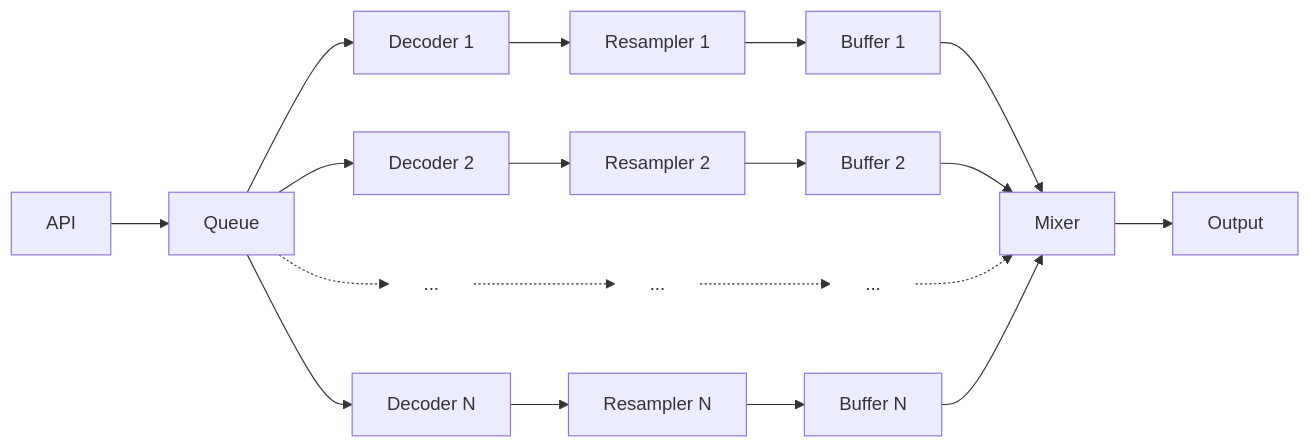
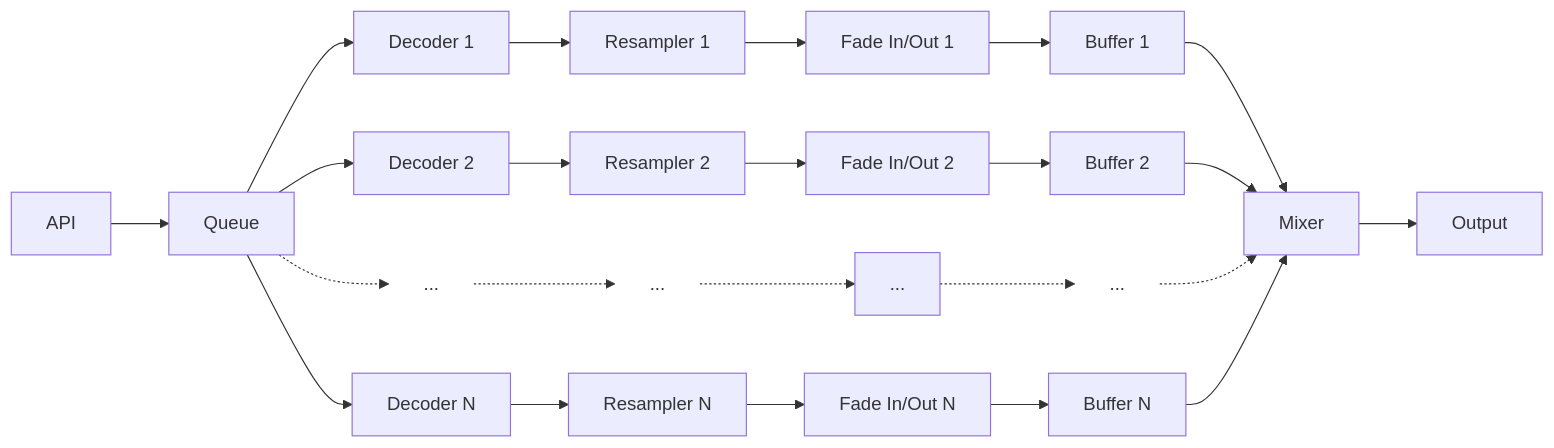
One commit to MangoCats/McRhythm changed the diagram in docs/NEW-decoder_buffer_design.md. Above: the diagram before and after it, drawn with Mermaid. The commit also changed other lines of this file, not shown here.

````diff
--- a/docs/NEW-decoder_buffer_design.md
+++ b/docs/NEW-decoder_buffer_design.md
@@ -41,29 +17,34 @@
 ```mermaid
 graph LR
     API[API] --> Queue[Queue]
     Queue --> Decoder1[Decoder 1]
     Queue --> Decoder2[Decoder 2]
     Queue -.-> DecoderDots[...]
     Queue --> DecoderN[Decoder N]
     
     Decoder1 --> Resampler1[Resampler 1]
     Decoder2 --> Resampler2[Resampler 2]
     DecoderDots -.-> ResamplerDots[...]
     DecoderN --> ResamplerN[Resampler N]
     
-    Resampler1 --> Buffer1[Buffer 1]
-    Resampler2 --> Buffer2[Buffer 2]
-    ResamplerDots -.-> BufferDots[...]
-    ResamplerN --> BufferN[Buffer N]
+    Resampler1 --> Fade1[Fade In/Out 1]
+    Resampler2 --> Fade2[Fade In/Out 2]
+    ResamplerDots -.-> FadeDots[...]
+    ResamplerN --> FadeN[Fade In/Out N]
     
+    Fade1 --> Buffer1[Buffer 1]
+    Fade2 --> Buffer2[Buffer 2]
+    FadeDots -.-> BufferDots[...]
+    FadeN --> BufferN[Buffer N]
+
     Buffer1 --> Mixer[Mixer]
     Buffer2 --> Mixer
     BufferDots -.-> Mixer
     BufferN --> Mixer
     
     Mixer --> Output[Output]
     
     style DecoderDots fill:none,stroke:none
     style ResamplerDots fill:none,stroke:none
     style BufferDots fill:none,stroke:none
 ```
````
